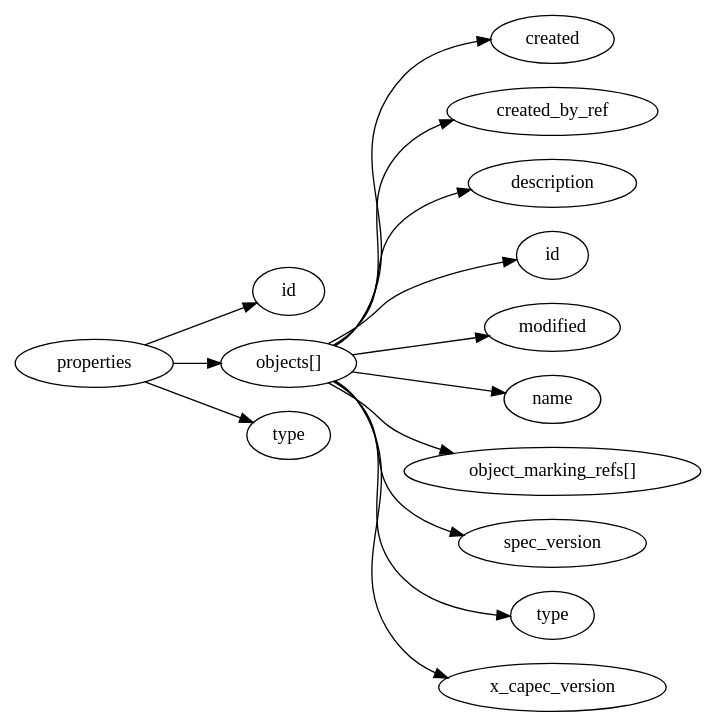
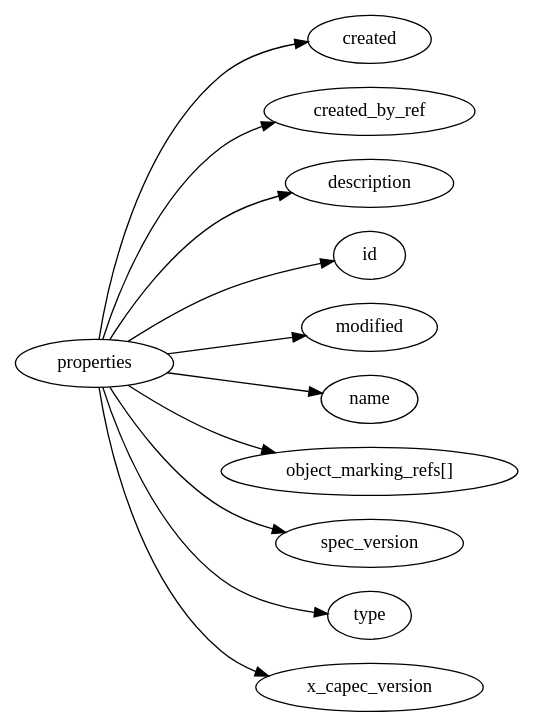
Before and after one commit to whitfieldsdad/json-kit: the diagram in resources/example-data/json/stix2/mitre-capec/dot/course-of-action.dot, drawn with Graphviz. The commit also changed 68 other files, not shown here.

```diff
--- a/resources/example-data/json/stix2/mitre-capec/dot/course-of-action.dot
+++ b/resources/example-data/json/stix2/mitre-capec/dot/course-of-action.dot
@@ -1,29 +1,23 @@
 digraph {
     graph [rankdir=LR]
+    "created" [label="created"]
+    "created_by_ref" [label="created_by_ref"]
+    "description" [label="description"]
     "id" [label="id"]
-    "objects" [label="objects[]"]
-    "objects.created" [label="created"]
-    "objects.created_by_ref" [label="created_by_ref"]
-    "objects.description" [label="description"]
-    "objects.id" [label="id"]
-    "objects.modified" [label="modified"]
-    "objects.name" [label="name"]
-    "objects.object_marking_refs" [label="object_marking_refs[]"]
-    "objects.spec_version" [label="spec_version"]
-    "objects.type" [label="type"]
-    "objects.x_capec_version" [label="x_capec_version"]
+    "modified" [label="modified"]
+    "name" [label="name"]
+    "object_marking_refs" [label="object_marking_refs[]"]
+    "spec_version" [label="spec_version"]
     "type" [label="type"]
+    "x_capec_version" [label="x_capec_version"]
+    "properties" -> "created"
+    "properties" -> "created_by_ref"
+    "properties" -> "description"
     "properties" -> "id"
-    "properties" -> "objects"
+    "properties" -> "modified"
+    "properties" -> "name"
+    "properties" -> "object_marking_refs"
+    "properties" -> "spec_version"
     "properties" -> "type"
-    "objects" -> "objects.created"
-    "objects" -> "objects.created_by_ref"
-    "objects" -> "objects.description"
-    "objects" -> "objects.id"
-    "objects" -> "objects.modified"
-    "objects" -> "objects.name"
-    "objects" -> "objects.object_marking_refs"
-    "objects" -> "objects.spec_version"
-    "objects" -> "objects.type"
-    "objects" -> "objects.x_capec_version"
+    "properties" -> "x_capec_version"
 }
```
